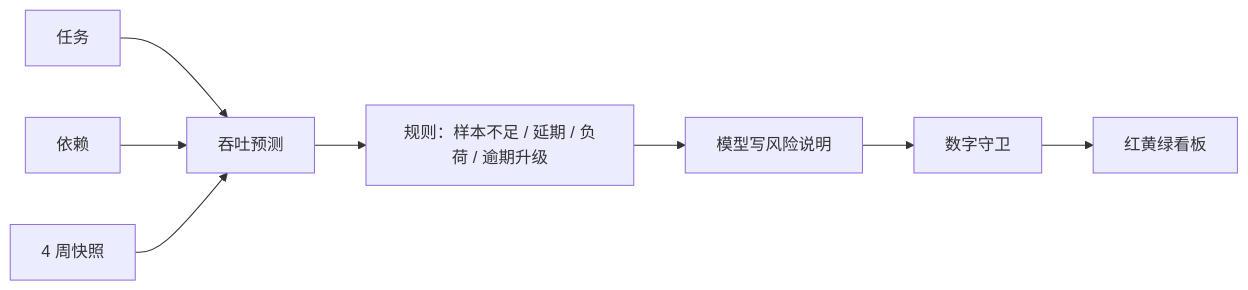
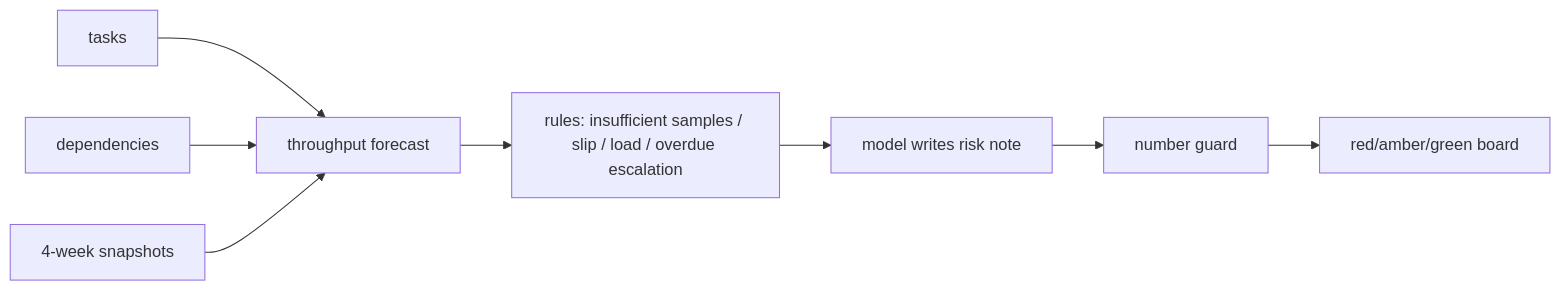
The diagram in README.en.md (wushiyi105-jpg/amber), drawn with Mermaid before and after one commit. The commit also changed other lines of this file and 5 other files, not shown here.

````diff
--- a/README.en.md
+++ b/README.en.md
@@ -64,10 +67,10 @@
 ```mermaid
 graph LR
-  A[任务] --> M[吞吐预测]
-  B[依赖] --> M
-  C[4 周快照] --> M
-  M --> R[规则：样本不足 / 延期 / 负荷 / 逾期升级]
-  R --> P[模型写风险说明]
-  P --> G[数字守卫]
-  G --> O[红黄绿看板]
+  A[tasks] --> M[throughput forecast]
+  B[dependencies] --> M
+  C[4-week snapshots] --> M
+  M --> R[rules: insufficient samples / slip / load / overdue escalation]
+  R --> P[model writes risk note]
+  P --> G[number guard]
+  G --> O[red/amber/green board]
 ```
````
